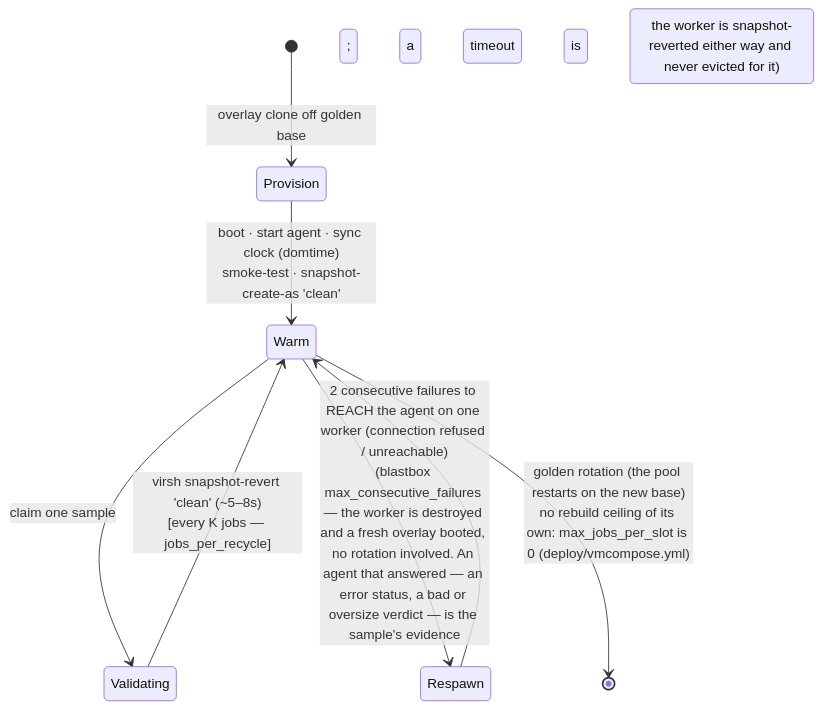
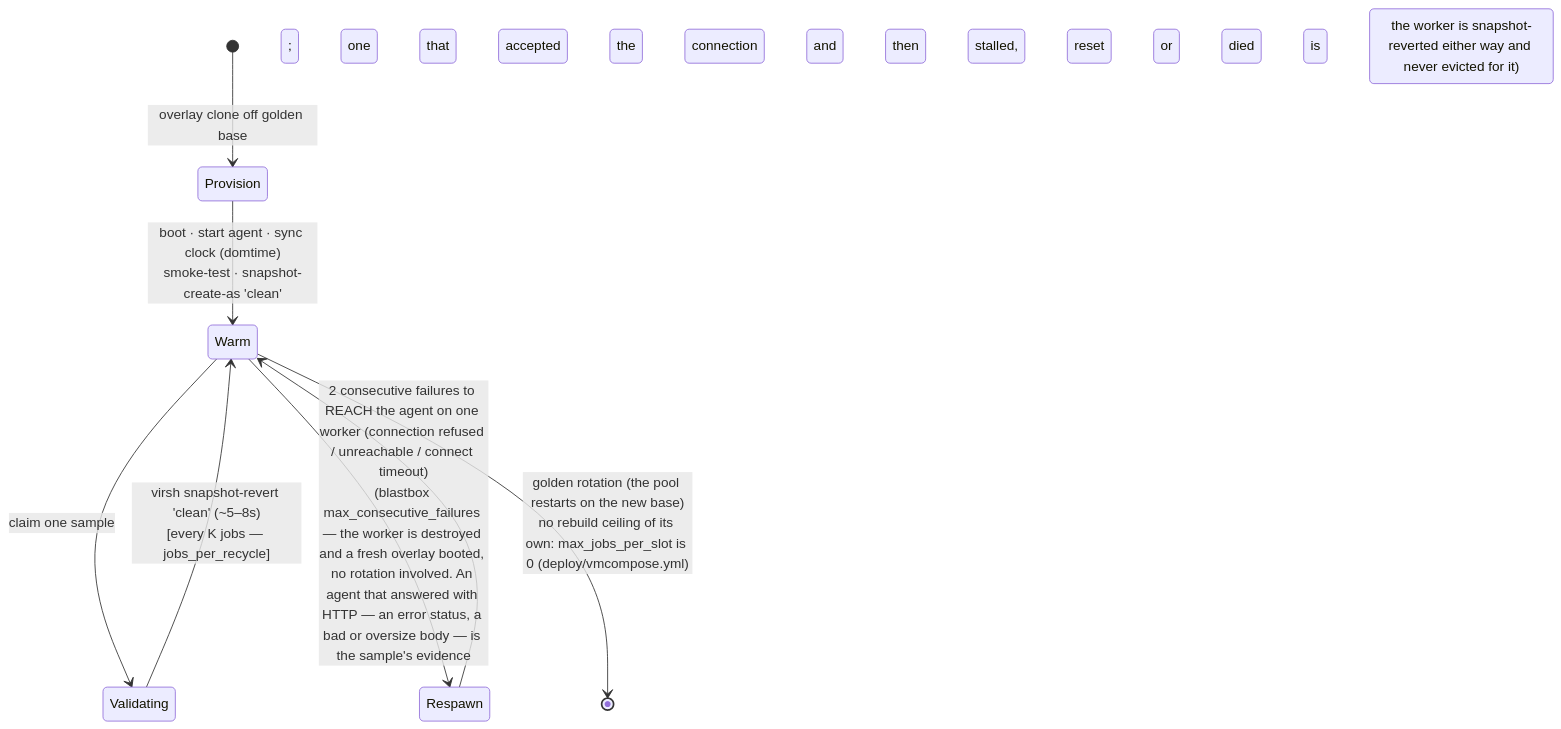
The second of 2 diagrams in README.md (wmetcalf/win-validator), drawn with Mermaid before and after one commit. The commit also changed 1 other file, not shown here.

Commit message:
vm-pool: an agent that accepted the request and then died is nobody's evidence
A sample that crashes myatg mid-request raises a reset or a disconnect, which the OSError catch-all filed as the
worker's: one such sample sent twice evicted a healthy worker, four emptied the pool and fired the base rebuild.
A reset, a broken pipe, a torn response or a URLError wrapping a reset are now neutral, like a read timeout: the
worker is reverted, no streak moves. Only an agent that was never reached — refused, unreachable, a connect
timeout — is the worker's. The docstring states blastbox's three meanings so the next reader does not re-derive
them, and the fallback release seam passes everything to a release(**kwargs) as blastbox's own helper does.

Claude-Session: https://claude.ai/code/session_01Eh7tmTX7s38AJKNx8XUChA

````diff
--- a/README.md
+++ b/README.md
@@ -81,10 +81,10 @@
 ```mermaid
 stateDiagram-v2
     [*] --> Provision: overlay clone off golden base
     Provision --> Warm: boot · start agent · sync clock (domtime)<br/>smoke-test · snapshot-create-as 'clean'
     Warm --> Validating: claim one sample
     Validating --> Warm: virsh snapshot-revert 'clean' (~5–8s)<br/>[every K jobs — jobs_per_recycle]
-    Warm --> Respawn: 2 consecutive failures to REACH the agent on one worker (connection refused / unreachable)<br/>(blastbox max_consecutive_failures — the worker is destroyed and a fresh overlay booted, no rotation involved. An agent that answered — an error status, a bad or oversize verdict — is the sample's evidence; a timeout is nobody's: the worker is snapshot-reverted either way and never evicted for it)
+    Warm --> Respawn: 2 consecutive failures to REACH the agent on one worker (connection refused / unreachable / connect timeout)<br/>(blastbox max_consecutive_failures — the worker is destroyed and a fresh overlay booted, no rotation involved. An agent that answered with HTTP — an error status, a bad or oversize body — is the sample's evidence; one that accepted the connection and then stalled, reset or died is nobody's: the worker is snapshot-reverted either way and never evicted for it)
     Respawn --> Warm
     Warm --> [*]: golden rotation (the pool restarts on the new base)<br/>no rebuild ceiling of its own: max_jobs_per_slot is 0 (deploy/vmcompose.yml)
 ```
````
